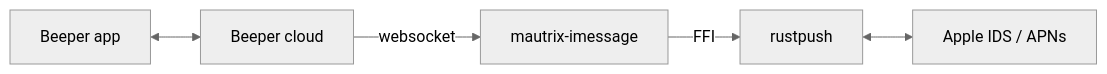
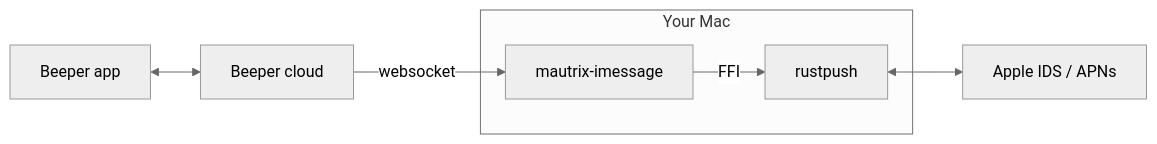
The second of 2 diagrams in README.md (jasonlaguidice/imessage), drawn with Mermaid (neutral theme) before and after one commit.

Commit message:
Beeper diagram: show bridge running on your Mac

````diff
--- a/README.md
+++ b/README.md
@@ -118,7 +118,10 @@
 ```mermaid
 flowchart LR
+    subgraph Your Mac
+        Bridge[mautrix-imessage]
+        Bridge -- FFI --> RP[rustpush]
+    end
     Client[Beeper app] <--> Beeper[Beeper cloud]
-    Beeper -- websocket --> Bridge[mautrix-imessage]
-    Bridge -- FFI --> RP[rustpush]
+    Beeper -- websocket --> Bridge
     RP <--> Apple[Apple IDS / APNs]
 ```
````
